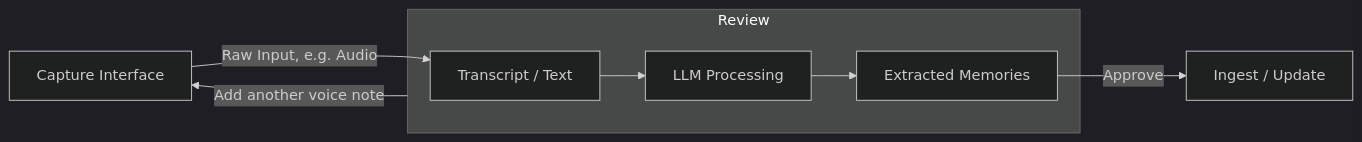
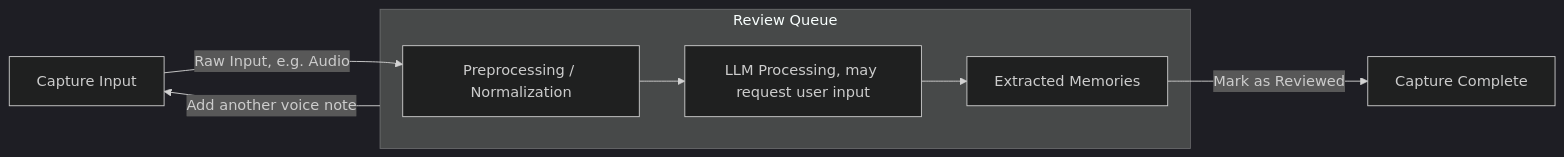
The first of 2 diagrams in docs/capture_system/00_overview.md (Ricu/never-forget), drawn with Mermaid before and after one commit. The commit also changed other lines of this file and 63 other files, not shown here.

````diff
--- a/docs/capture_system/00_overview.md
+++ b/docs/capture_system/00_overview.md
@@ -13,16 +17,16 @@
 ```mermaid
 ---
 config:
   theme: 'dark'
 ---
 flowchart LR
-    CI[Capture Interface] -->|Raw Input, e.g. Audio| TR
+    CI[Capture Input] -->|Raw Input, e.g. Audio| TR
 
-    subgraph RB[Review]
-        TR[Transcript / Text] --> LP[LLM Processing]
-        LP --> RV[Extracted Memories]
+    subgraph RB[Review Queue]
+        TR[Preprocessing / Normalization] --> LLM[LLM Processing, may request user input]
+        LLM --> RV[Extracted Memories]
     end
 
-    RV -->|Approve| IN[Ingest / Update]
+    RV -->|Mark as Reviewed| IN[Capture Complete]
     RB -->|Add another voice note| CI
 ```
````
